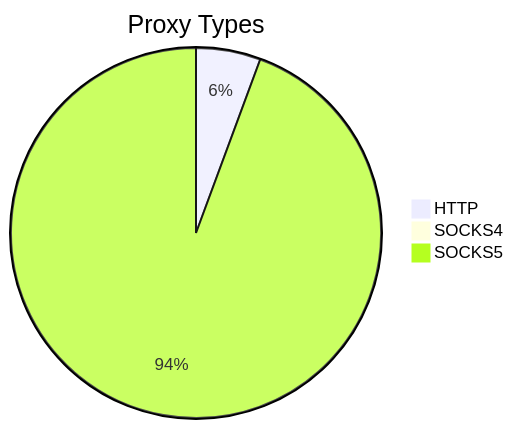
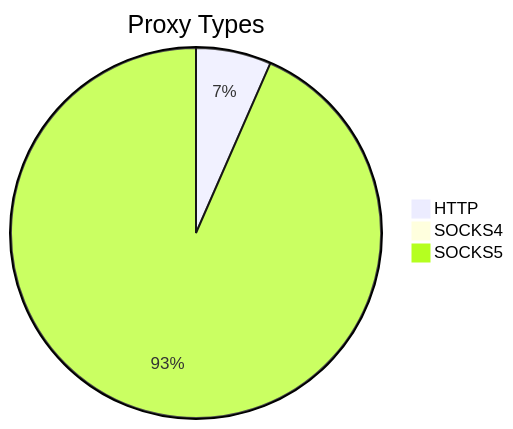
The first of 2 diagrams in README.md (stormsia/proxy-list), drawn with Mermaid before and after one commit. The commit also changed other lines of this file, not shown here.

````diff
--- a/README.md
+++ b/README.md
@@ -21,6 +21,6 @@
 ```mermaid
 pie title Proxy Types
-    "HTTP" : 382
-    "SOCKS4" : 50
-    "SOCKS5" : 6391
+    "HTTP" : 346
+    "SOCKS4" : 46
+    "SOCKS5" : 4920
 ```
````
